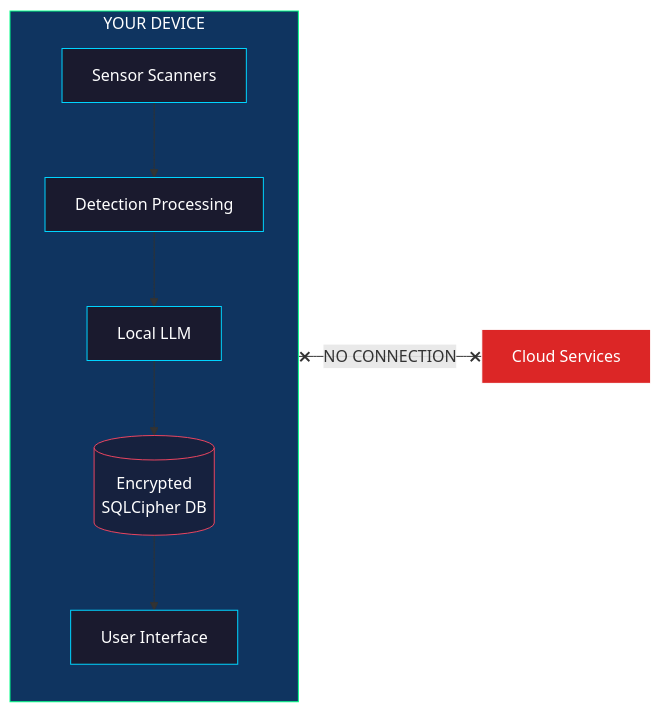
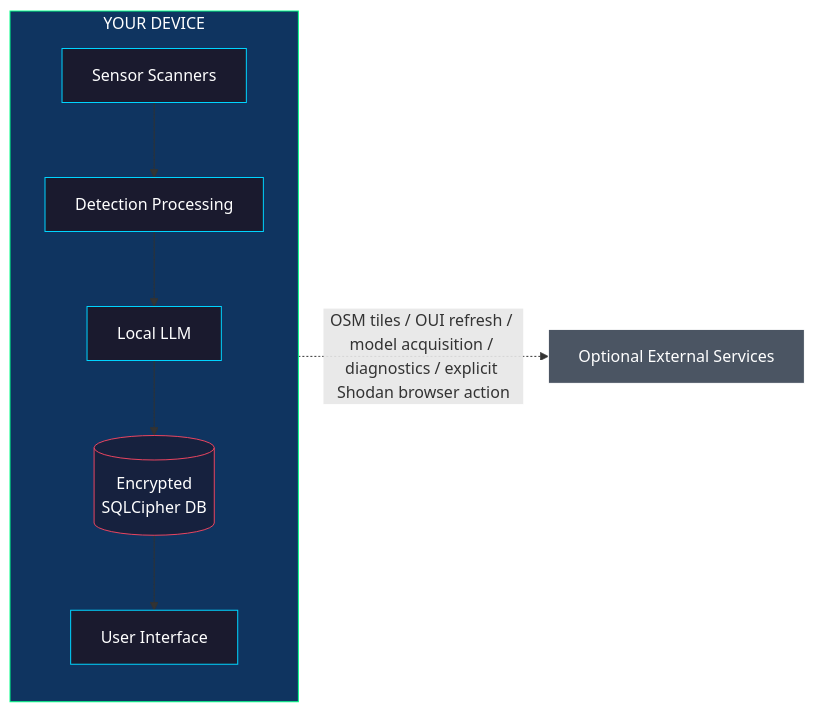
The fifth of 10 diagrams in docs/detections/README.md (knowurknottty/Flock-Sucker), drawn with Mermaid before and after one commit. The commit also changed other lines of this file and 8 other files, not shown here.

````diff
--- a/docs/detections/README.md
+++ b/docs/detections/README.md
@@ -173,28 +173,28 @@
 ```mermaid
 flowchart LR
     subgraph Device["YOUR DEVICE"]
         direction TB
         Scanner[Sensor Scanners]
         Process[Detection Processing]
         LLM[Local LLM]
         DB[(Encrypted<br/>SQLCipher DB)]
         UI[User Interface]
 
         Scanner --> Process
         Process --> LLM
         LLM --> DB
         DB --> UI
     end
 
-    Cloud[Cloud Services]
+    External[Optional External Services]
 
-    Device x--x|NO CONNECTION| Cloud
+    Device -.->|OSM tiles / OUI refresh / model acquisition / diagnostics / explicit Shodan browser action| External
 
     style Device fill:#0f3460,stroke:#00ff88,color:#fff
-    style Cloud fill:#dc2626,stroke:#fff,color:#fff
+    style External fill:#4b5563,stroke:#fff,color:#fff
     style Scanner fill:#1a1a2e,stroke:#00d4ff,color:#fff
     style Process fill:#1a1a2e,stroke:#00d4ff,color:#fff
     style LLM fill:#1a1a2e,stroke:#00d4ff,color:#fff
     style DB fill:#16213e,stroke:#e94560,color:#fff
     style UI fill:#1a1a2e,stroke:#00d4ff,color:#fff
 ```
````
